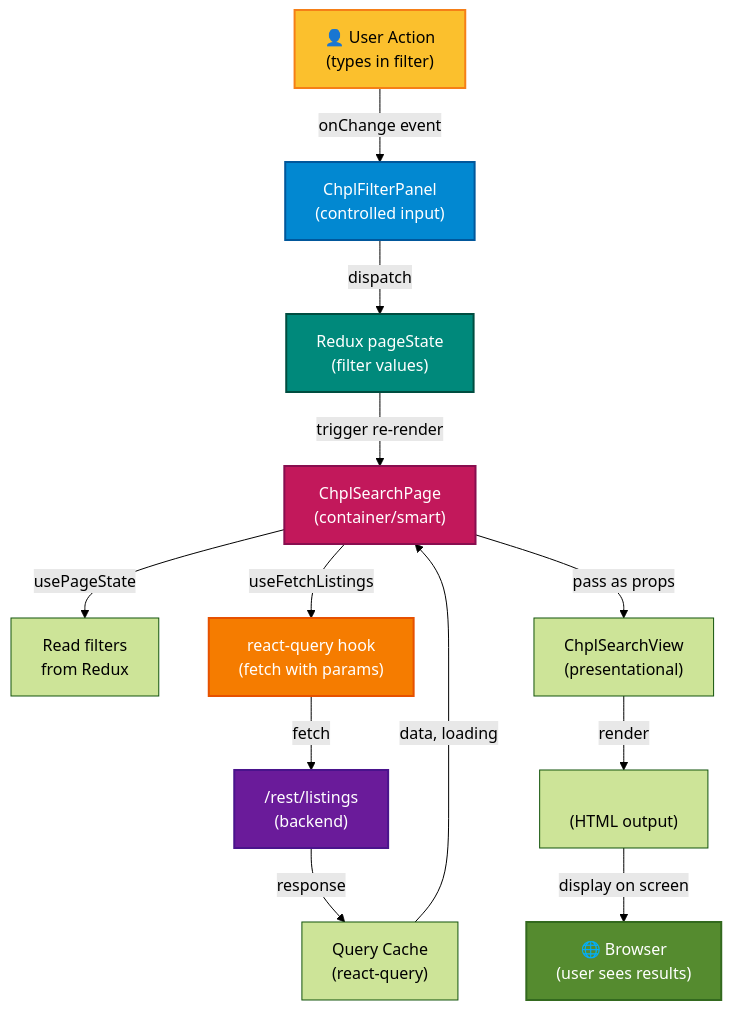
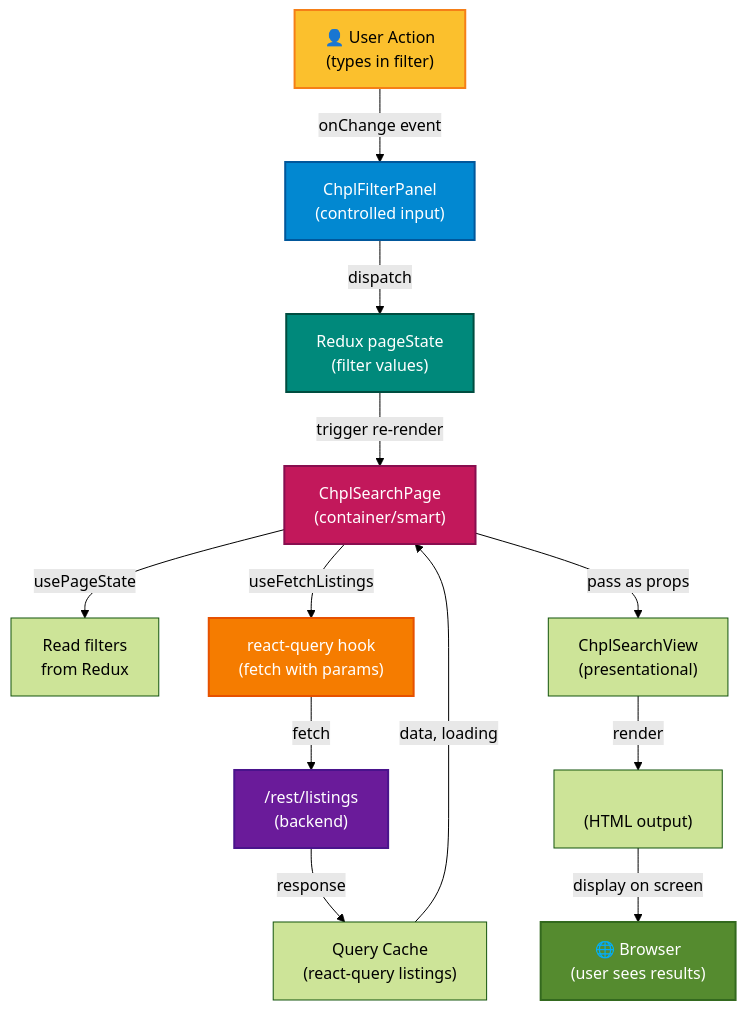
One commit to chpladmin/chpl-website changed diagram 11 of 29 in COMPONENT_TREE.md. Above: the diagram before and after it, drawn with Mermaid (forest theme). The commit also changed other lines of this file, not shown here.

Commit message:
fix: remove square brackets from Mermaid diagram labels
[#OCD-5514]

Mermaid parser fails on [] in labels. Changed 'listings[]' to 'listings array'
to allow GitHub/VS Code Markdown preview to render diagrams correctly.

[#OCD-5514]

````diff
--- a/COMPONENT_TREE.md
+++ b/COMPONENT_TREE.md
@@ -391,25 +391,25 @@
 ```mermaid
 graph TD
     User["👤 User Action<br/>(types in filter)"]
     User -->|onChange event| FilterPanel["ChplFilterPanel<br/>(controlled input)"]
     FilterPanel -->|dispatch| Redux["Redux pageState<br/>(filter values)"]
     Redux -->|trigger re-render| SearchPage["ChplSearchPage<br/>(container/smart)"]
     
     SearchPage -->|usePageState| ReadRedux["Read filters<br/>from Redux"]
     SearchPage -->|useFetchListings| QueryAPI["react-query hook<br/>(fetch with params)"]
     QueryAPI -->|fetch| Backend["/rest/listings<br/>(backend)"]
-    Backend -->|response| Cache["Query Cache<br/>(react-query)"]
+    Backend -->|response| Cache["Query Cache<br/>(react-query listings)"]
     Cache -->|data, loading| SearchPage
     
     SearchPage -->|pass as props| SearchView["ChplSearchView<br/>(presentational)"]
     SearchView -->|render| HTML["<table><br/>(HTML output)"]
     HTML -->|display on screen| Browser["🌐 Browser<br/>(user sees results)"]
     
     style User fill:#fbc02d,color:#000,stroke:#f57f17,stroke-width:2px
     style FilterPanel fill:#0288d1,color:#fff,stroke:#01579b,stroke-width:2px
     style Redux fill:#00897b,color:#fff,stroke:#004d40,stroke-width:2px
     style SearchPage fill:#c2185b,color:#fff,stroke:#880e4f,stroke-width:2px
     style QueryAPI fill:#f57c00,color:#fff,stroke:#e65100,stroke-width:2px
     style Backend fill:#6a1b9a,color:#fff,stroke:#4a148c,stroke-width:2px
     style Browser fill:#558b2f,color:#fff,stroke:#33691e,stroke-width:2px
 ```
````
